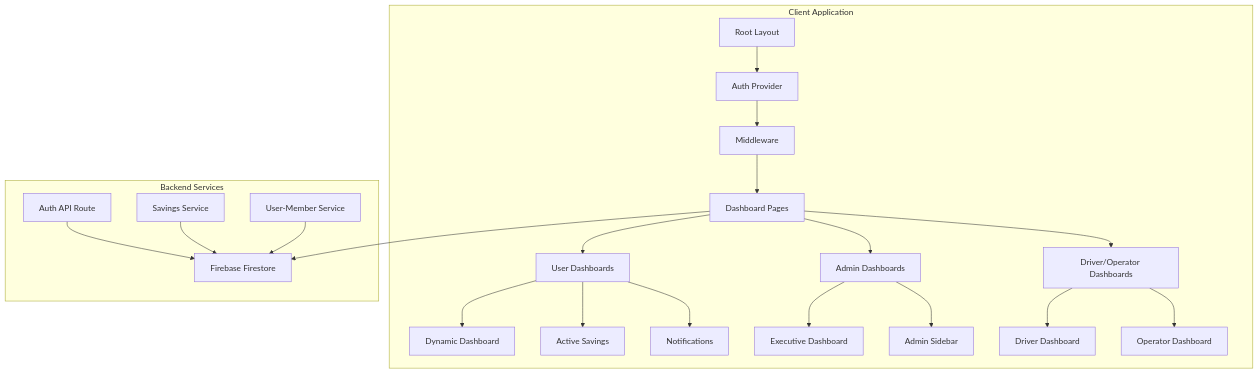
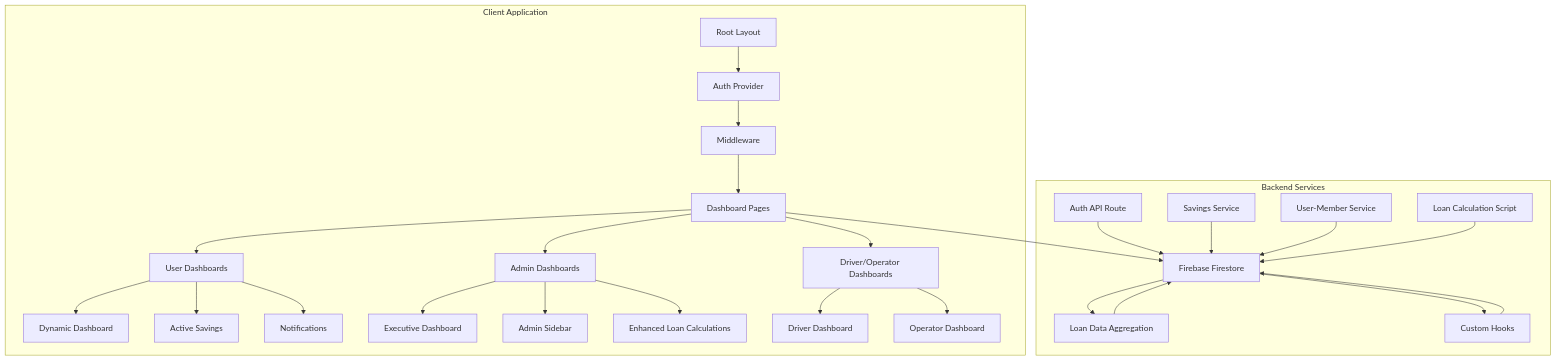
One commit to Unsure-bry/sampacoop_system changed the first of 10 diagrams in .qoder/repowiki/en/content/Dashboard System.md. Above: the diagram before and after it, drawn with Mermaid. The commit also changed other lines of this file and 24 other files, not shown here.

````diff
--- a/.qoder/repowiki/en/content/Dashboard System.md
+++ b/.qoder/repowiki/en/content/Dashboard System.md
@@ -38,28 +61,37 @@
 ```mermaid
 graph TB
 subgraph "Client Application"
 A[Root Layout] --> B[Auth Provider]
 B --> C[Middleware]
 C --> D[Dashboard Pages]
 D --> E[User Dashboards]
 D --> F[Admin Dashboards]
 D --> G[Driver/Operator Dashboards]
 E --> H[Dynamic Dashboard]
 E --> I[Active Savings]
 E --> J[Notifications]
 F --> K[Executive Dashboard]
 F --> L[Admin Sidebar]
-G --> M[Driver Dashboard]
-G --> N[Operator Dashboard]
+F --> M[Enhanced Loan Calculations]
+G --> N[Driver Dashboard]
+G --> O[Operator Dashboard]
 end
 subgraph "Backend Services"
-O[Firebase Firestore]
-P[Auth API Route]
-Q[Savings Service]
-R[User-Member Service]
+P[Firebase Firestore]
+Q[Auth API Route]
+R[Savings Service]
+S[User-Member Service]
+T[Loan Data Aggregation]
+U[Custom Hooks]
+V[Loan Calculation Script]
 end
-D --> O
-P --> O
-Q --> O
-R --> O
+D --> P
+P --> T
+P --> U
+Q --> P
+R --> P
+S --> P
+T --> P
+U --> P
+V --> P
 ```
````
